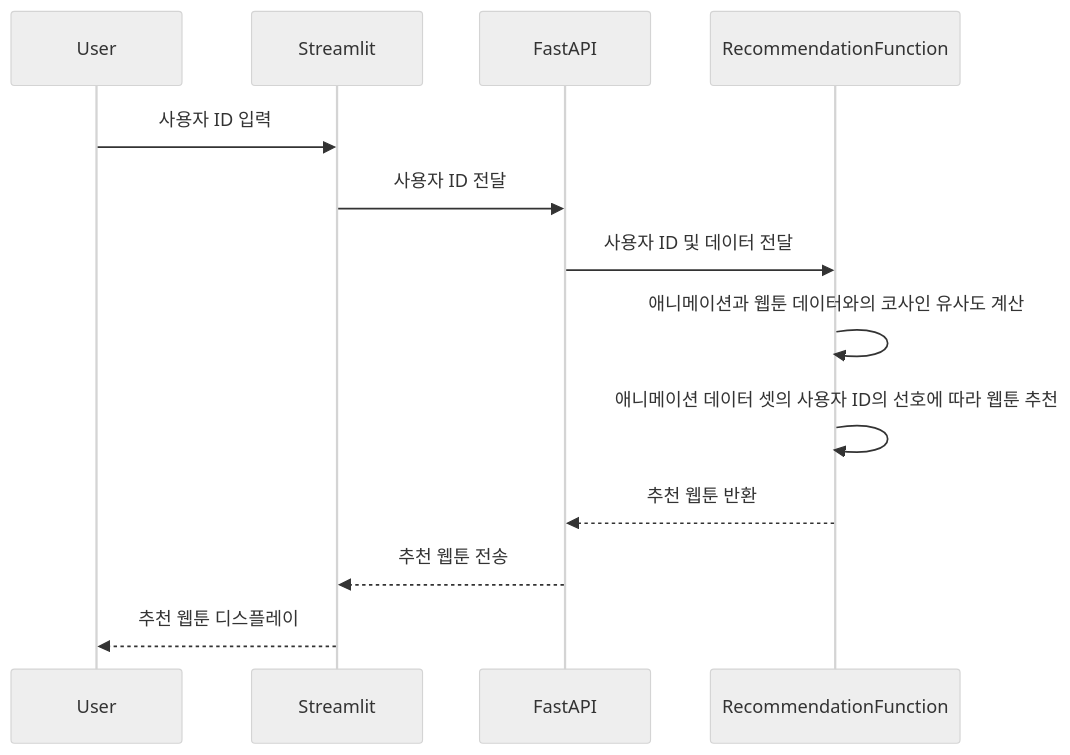
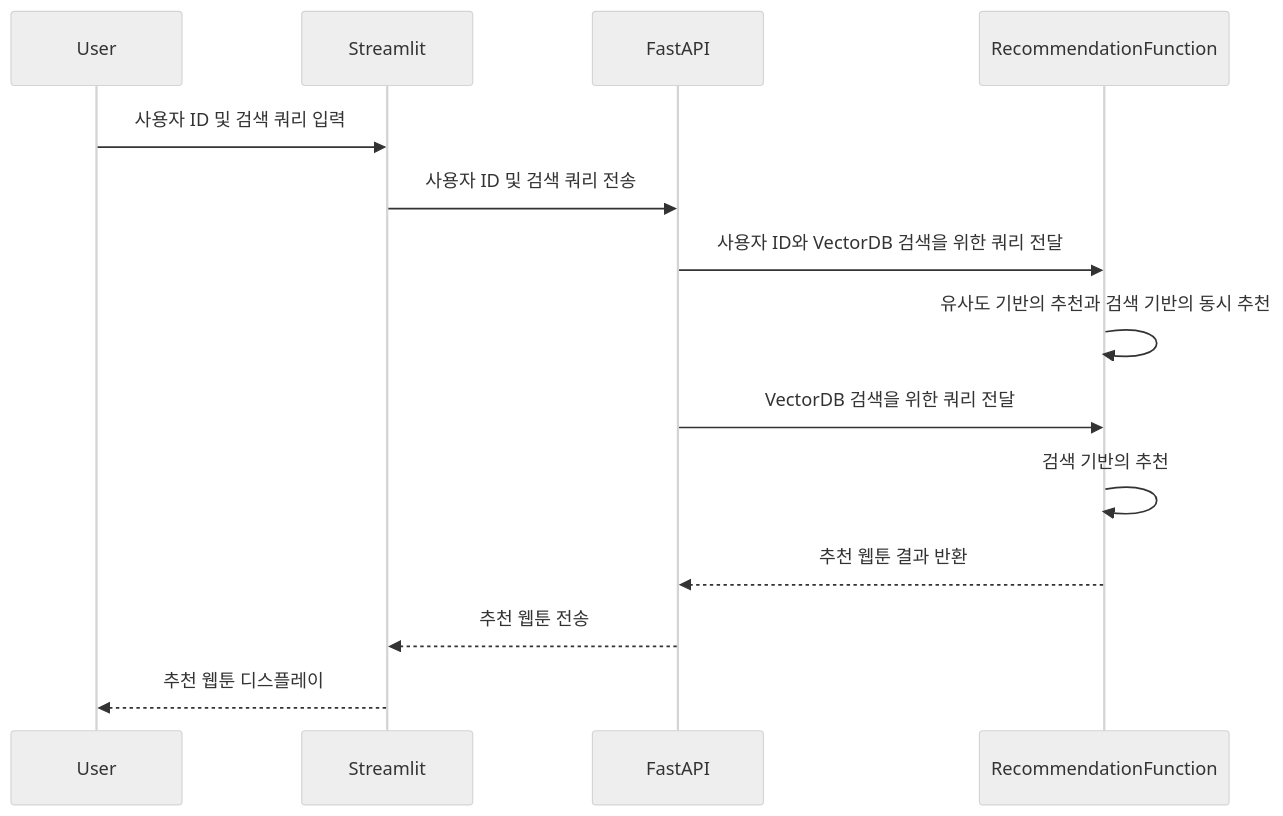
Before and after one commit to Rakdol/Simple-Recommendation-Engine: the diagram in README.md, drawn with Mermaid (neutral theme). The commit also changed other lines of this file, not shown here.

````diff
--- a/README.md
+++ b/README.md
@@ -43,16 +43,17 @@
 ```mermaid
 sequenceDiagram
     participant User
     participant Streamlit
     participant FastAPI
     participant RecommendationFunction
 
-    User->>Streamlit: 사용자 ID 입력
-    Streamlit->>FastAPI: 사용자 ID 전달
-    FastAPI ->> RecommendationFunction: 사용자 ID 및 데이터 전달
-    RecommendationFunction ->> RecommendationFunction: 애니메이션과 웹툰 데이터와의 코사인 유사도 계산
-    RecommendationFunction ->> RecommendationFunction: 애니메이션 데이터 셋의 사용자 ID의 선호에 따라 웹툰 추천
-    RecommendationFunction-->>FastAPI: 추천 웹툰 반환
+    User->>Streamlit: 사용자 ID 및 검색 쿼리 입력
+    Streamlit->>FastAPI: 사용자 ID 및 검색 쿼리 전송
+    FastAPI ->> RecommendationFunction : 사용자 ID와 VectorDB 검색을 위한 쿼리 전달
+    RecommendationFunction ->> RecommendationFunction: 유사도 기반의 추천과 검색 기반의 동시 추천
+    FastAPI ->> RecommendationFunction:  VectorDB 검색을 위한 쿼리 전달
+    RecommendationFunction ->> RecommendationFunction: 검색 기반의 추천 
+    RecommendationFunction-->>FastAPI: 추천 웹툰 결과 반환
     FastAPI-->>Streamlit: 추천 웹툰 전송
     Streamlit-->>User: 추천 웹툰 디스플레이
 ```
````
